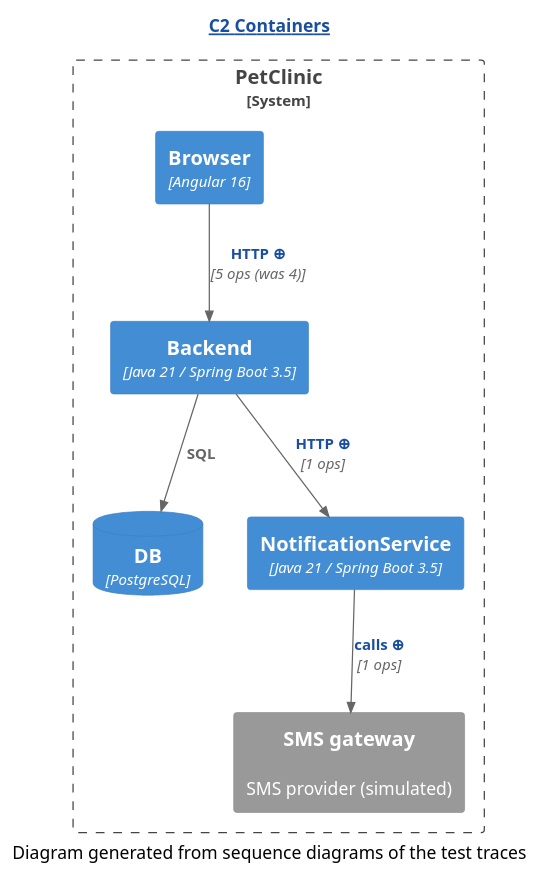
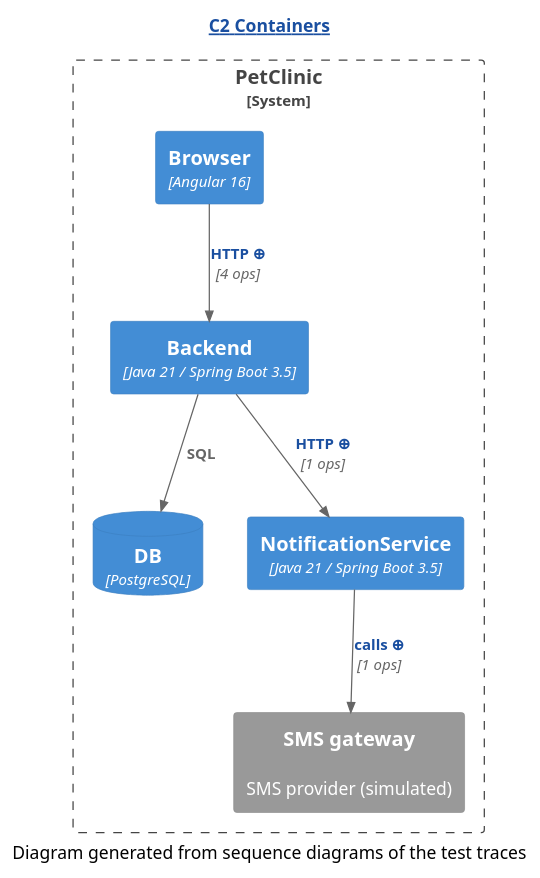
Before and after one commit to Winandvdb/human-review: the diagram in demo/demo/assets/c2/C2-Containers.diff.puml, drawn with PlantUML. The commit also changed 69 other files, not shown here.

```diff
--- a/demo/demo/assets/c2/C2-Containers.diff.puml
+++ b/demo/demo/assets/c2/C2-Containers.diff.puml
@@ -1,20 +1,20 @@
 @startuml
 ' ⚠️  GENERATED — projected from the sequence diagrams by c2-from-sequence.py.
 !include <C4/C4_Container>
 HIDE_STEREOTYPE()
 skinparam hyperlinkUnderline false
 skinparam hyperlinkColor #1A4FA0
 title [[https://c4model.com/diagrams/container{What is a C2 diagram?} C2 Containers]]
 System_Boundary(c2_system, "PetClinic") {
   Container(Backend, "Backend", "Java 21 / Spring Boot 3.5", "")
   Container(Browser, "Browser", "Angular 16", "")
   ContainerDb(DB, "DB", "PostgreSQL", "")
   Container(NotificationService, "NotificationService", "Java 21 / Spring Boot 3.5", "")
   System_Ext(SMS_gateway, "SMS gateway", "SMS provider (simulated)", "")
 }
 Rel(Backend, DB, "SQL", "")
 Rel(Backend, NotificationService, "[[genseq://c2-279a196c9d{Click for the calls behind this line} HTTP ⊕]]", "1 ops")
-Rel(Browser, Backend, "[[genseq://c2-fb35163739{Click for the calls behind this line} HTTP ⊕]]", "5 ops (was 4)")
+Rel(Browser, Backend, "[[genseq://c2-43d2943456{Click for the calls behind this line} HTTP ⊕]]", "4 ops")
 Rel(NotificationService, SMS_gateway, "[[genseq://c2-cb01a30b7a{Click for the calls behind this line} calls ⊕]]", "1 ops")
 caption Diagram generated from sequence diagrams of the test traces
 @enduml
```
